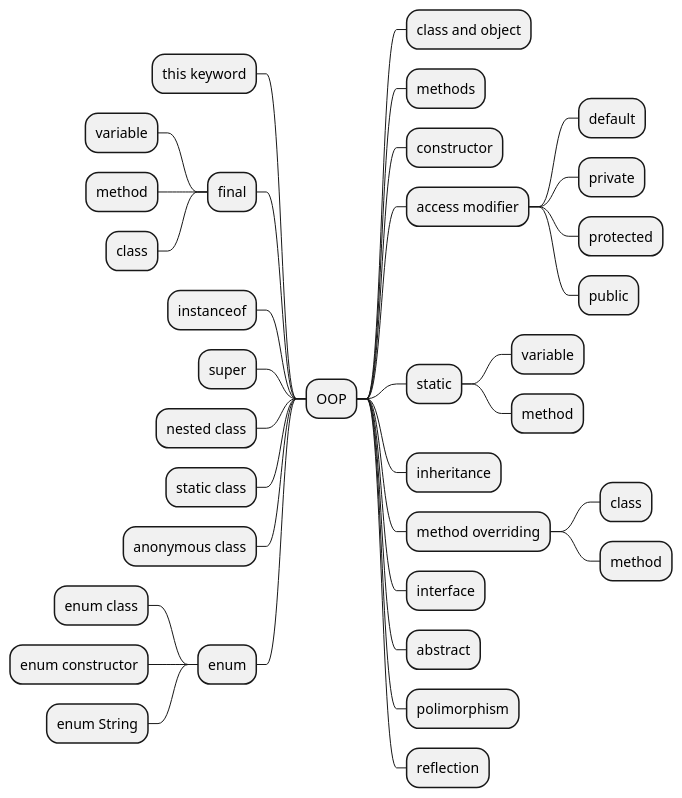
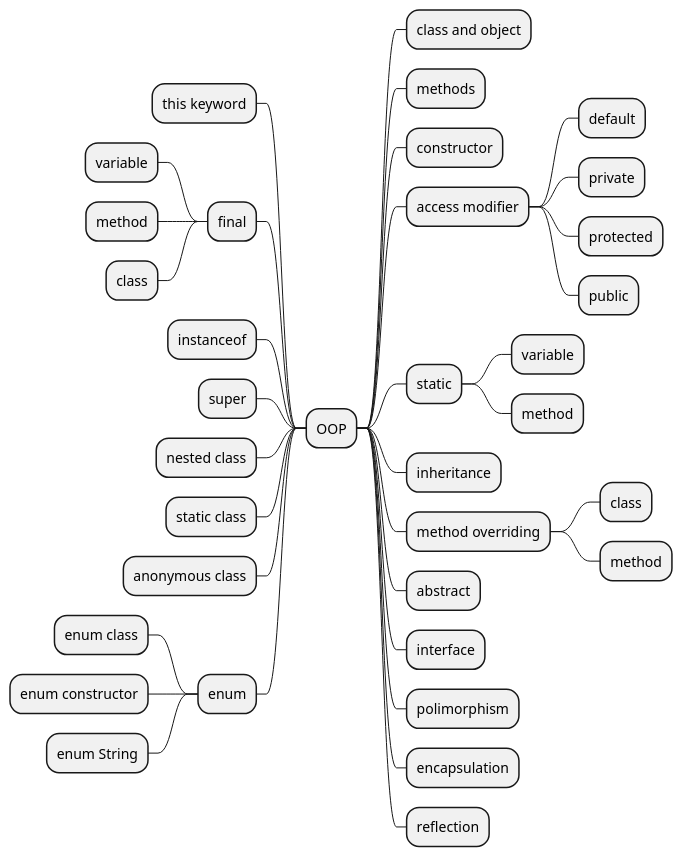
The diagram in Java/OOP.adoc (Kunkgg/wiki), drawn with PlantUML before and after one commit. The commit also changed other lines of this file and 5 other files, not shown here.

```diff
--- a/Java/OOP.adoc
+++ b/Java/OOP.adoc
@@ -27,40 +27,41 @@
 [plantuml]
 ----
 @startmindmap
 skinparam monochrome true
 + OOP
 ++ class and object
 ++ methods
 ++ constructor
 ++ access modifier
 +++ default
 +++ private
 +++ protected
 +++ public
 ++ static
 +++ variable
 +++ method
 ++ inheritance
 ++ method overriding
 +++ class
 +++ method
+++ abstract
 ++ interface
-++ abstract
 ++ polimorphism
+++ encapsulation
 ++ reflection
 -- this keyword
 -- final
 --- variable
 --- method
 --- class
 -- instanceof
 -- super
 -- nested class
 -- static class
 -- anonymous class
 -- enum
 --- enum class
 --- enum constructor
 --- enum String
 @endmindmap
 ----
```
